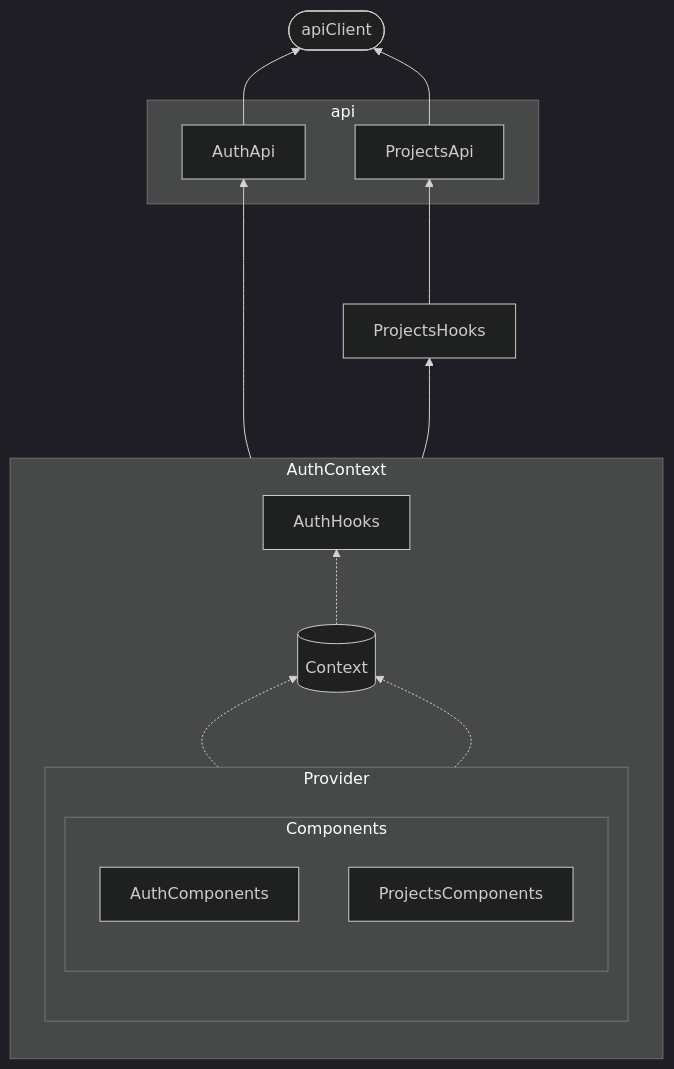
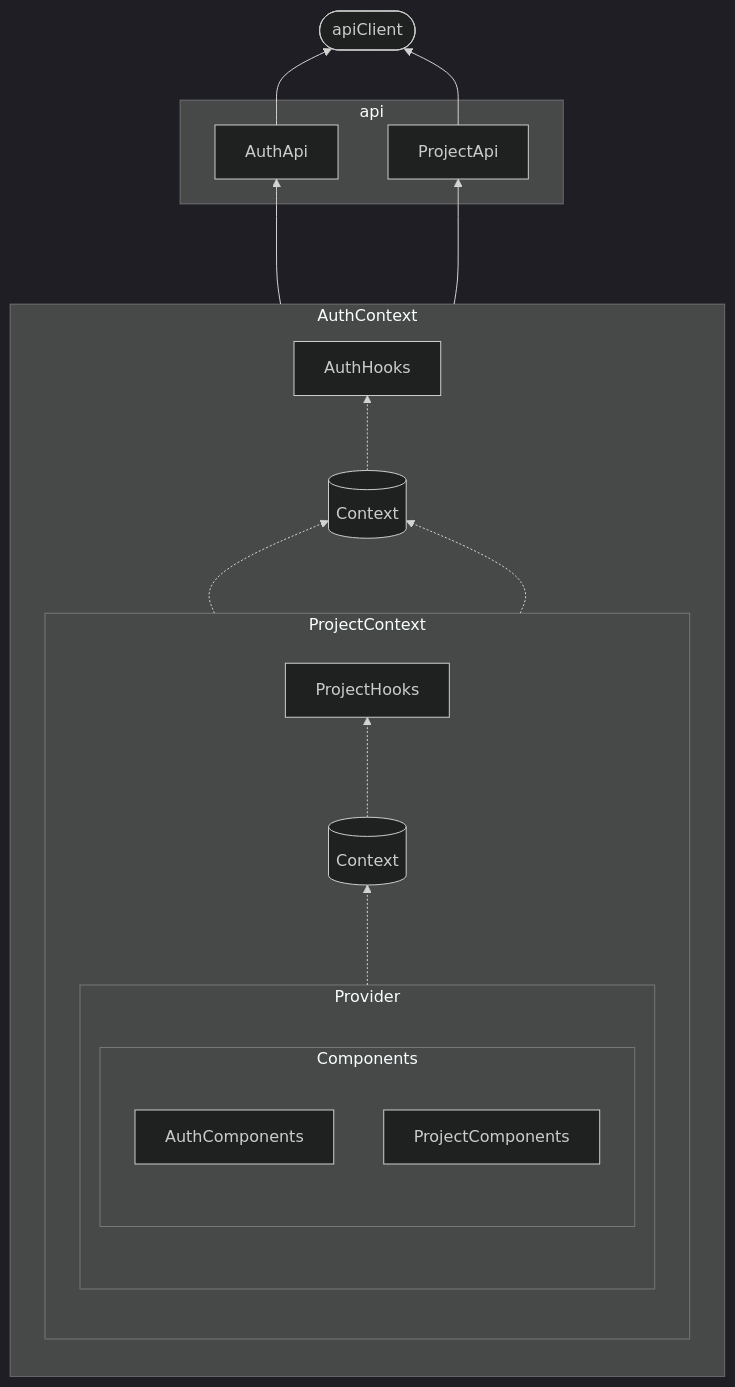
Before and after one commit to fujitashuichi/shared-driven-layered-ddd: the diagram in docs/FE/contextFlow.md, drawn with Mermaid (dark theme). The commit also changed other lines of this file and 2 other files, not shown here.

Commit message:
feature(docs): Contextの関係図を整理

````diff
--- a/docs/FE/contextFlow.md
+++ b/docs/FE/contextFlow.md
@@ -4,44 +3,51 @@
 ```mermaid
 graph BT
   ApiClient([apiClient])
 
   AuthApi
-  ProjectsApi
+  ProjectApi
 
   subgraph AuthContext
     direction BT
 
-    Context[(Context)]
-
+    AuthCtx[(Context)]
     AuthHooks
 
-    subgraph Provider
+    subgraph ProjectContext
       direction BT
 
-      subgraph Components
-        AuthComponents
-        ProjectsComponents
+      ProjectCtx[(Context)]
+      ProjectHooks
+
+      subgraph Provider
+        direction BT
+
+        subgraph Components
+          AuthComponents
+          ProjectComponents
+        end
       end
     end
   end
 
   subgraph api
     AuthApi
-    ProjectsApi
+    ProjectApi
   end
 
 
   AuthHooks
   ---> AuthApi
 
-  ProjectsComponents
-  ---> ProjectsHooks
-  ---> ProjectsApi
+  ProjectHooks
+  ---> ProjectApi
 
-  AuthApi & ProjectsApi --> ApiClient
+  AuthApi & ProjectApi --> ApiClient
 
 
-  Context -.-> AuthHooks
-  AuthComponents & ProjectsComponents -.-> Context
+  AuthCtx -.-> AuthHooks
+  ProjectCtx -.-> ProjectHooks
+  AuthComponents & ProjectComponents -.-> AuthCtx
+  ProjectComponents -.-> ProjectCtx
 
 ```
````
